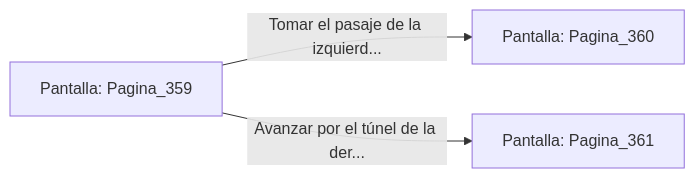
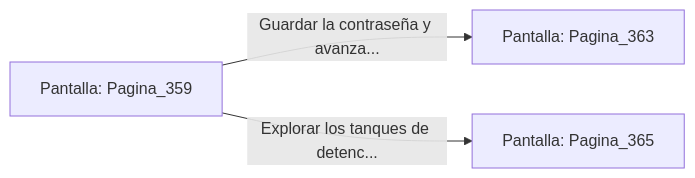
One commit to metsuke/mpl changed the diagram in sample/eligejuego-vault/Pantalla_Pagina_359.md. Above: the diagram before and after it, drawn with Mermaid. The commit also changed other lines of this file and 635 other files, not shown here.

First line of the commit message:
fix: añadir Pagina_1 como pantalla inicial en capitulo_01.mpl

````diff
--- a/sample/eligejuego-vault/Pantalla_Pagina_359.md
+++ b/sample/eligejuego-vault/Pantalla_Pagina_359.md
@@ -20,6 +24,6 @@
 ```mermaid
 graph LR
     P_Pagina_359["Pantalla: Pagina_359"]
-    P_Pagina_359 -->|"Tomar el pasaje de la izquierd..."| P_Pagina_360["Pantalla: Pagina_360"]
-    P_Pagina_359 -->|"Avanzar por el túnel de la der..."| P_Pagina_361["Pantalla: Pagina_361"]
+    P_Pagina_359 -->|"Guardar la contraseña y avanza..."| P_Pagina_363["Pantalla: Pagina_363"]
+    P_Pagina_359 -->|"Explorar los tanques de detenc..."| P_Pagina_365["Pantalla: Pagina_365"]
 ```
````
